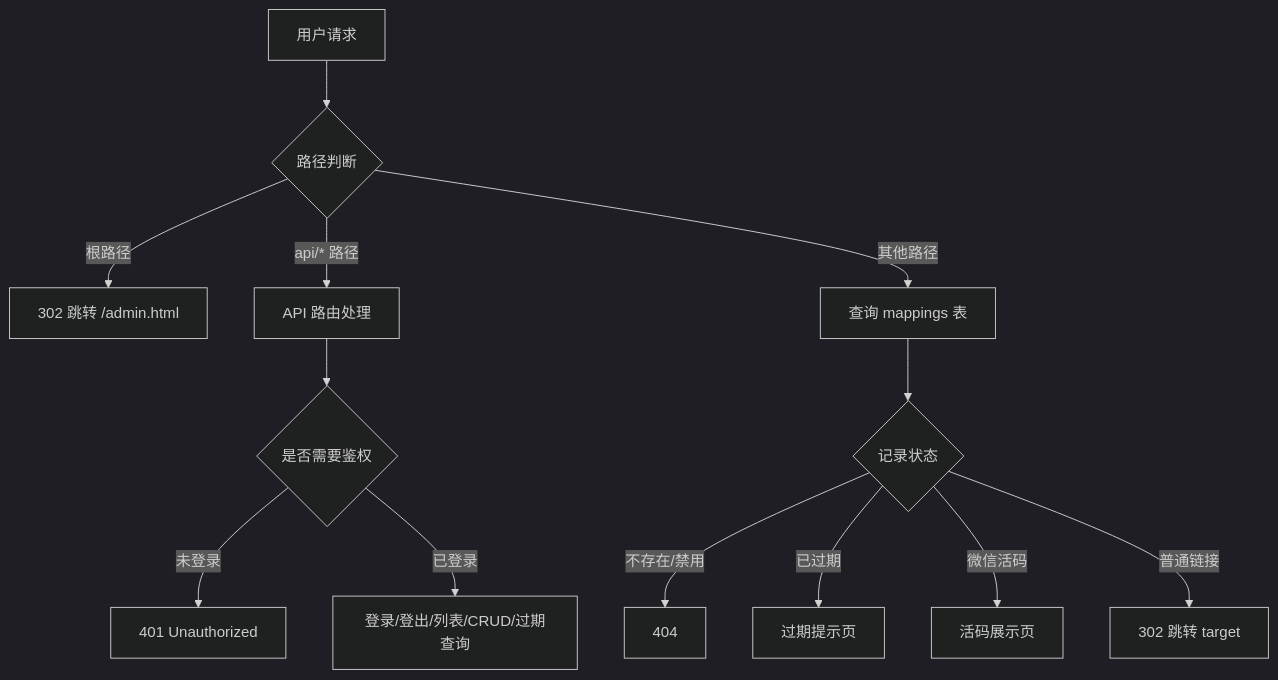
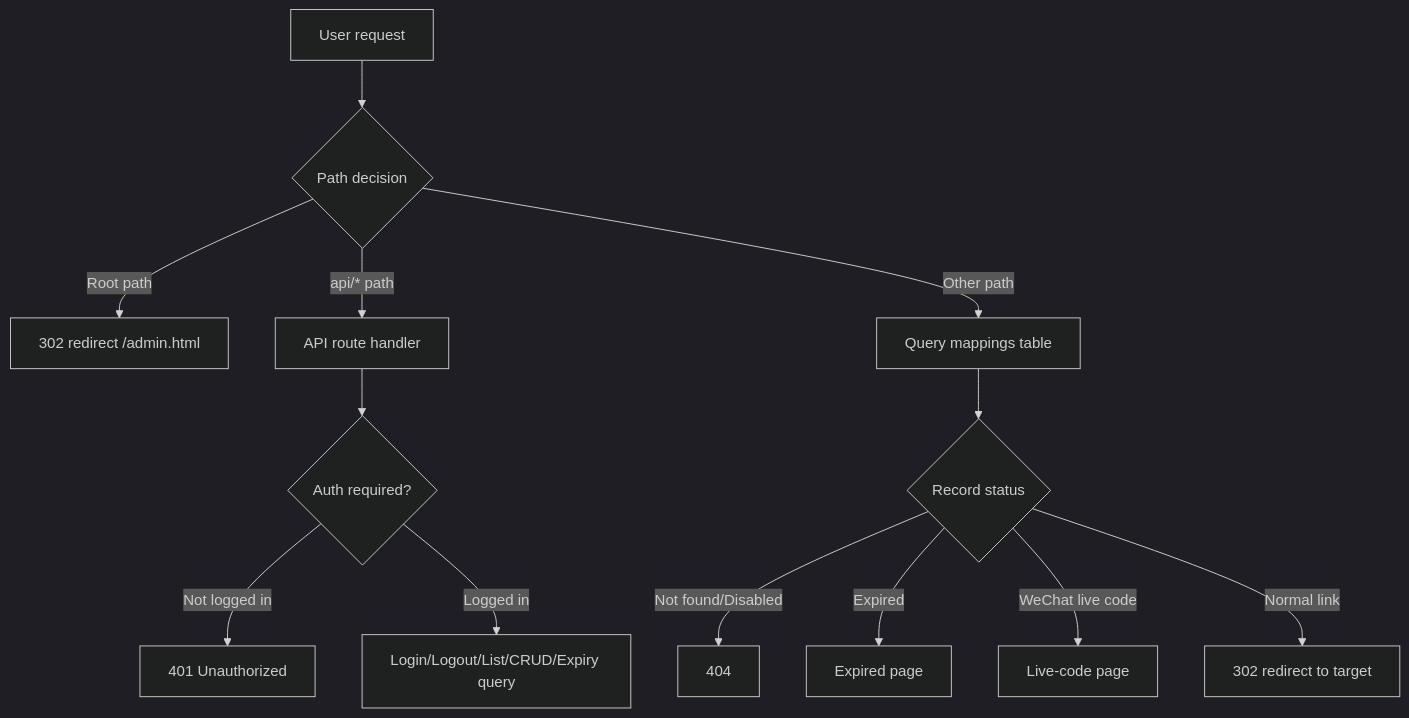
The diagram in docs/CODE_DESIGN.md (shiqianwei0508/serverless-qrcode-hub), drawn with Mermaid (dark theme) before and after one commit. The commit also changed other lines of this file and 18 other files, not shown here.

````diff
--- a/docs/CODE_DESIGN.md
+++ b/docs/CODE_DESIGN.md
@@ -75,15 +82,15 @@
 ```mermaid
 flowchart TD
-    A[用户请求] --> B{路径判断}
-    B -->|根路径| C[302 跳转 /admin.html]
-    B -->|api/* 路径| D[API 路由处理]
-    B -->|其他路径| E[查询 mappings 表]
-    D --> F{是否需要鉴权}
-    F -->|未登录| G[401 Unauthorized]
-    F -->|已登录| H[登录/登出/列表/CRUD/过期查询]
-    E --> I{记录状态}
-    I -->|不存在/禁用| J[404]
-    I -->|已过期| K[过期提示页]
-    I -->|微信活码| L[活码展示页]
-    I -->|普通链接| M[302 跳转 target]
+    A[User request] --> B{Path decision}
+    B -->|Root path| C[302 redirect /admin.html]
+    B -->|api/* path| D[API route handler]
+    B -->|Other path| E[Query mappings table]
+    D --> F{Auth required?}
+    F -->|Not logged in| G[401 Unauthorized]
+    F -->|Logged in| H[Login/Logout/List/CRUD/Expiry query]
+    E --> I{Record status}
+    I -->|Not found/Disabled| J[404]
+    I -->|Expired| K[Expired page]
+    I -->|WeChat live code| L[Live-code page]
+    I -->|Normal link| M[302 redirect to target]
 ```
````
